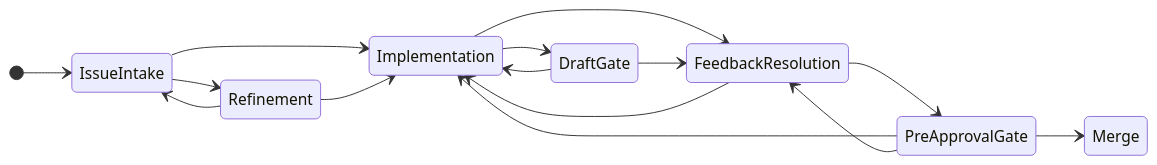
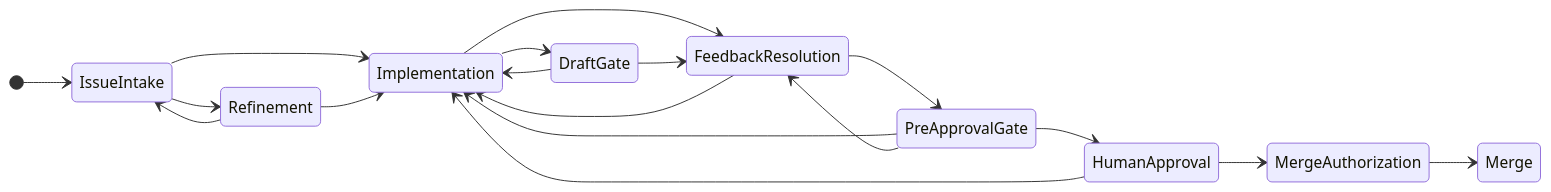
The second of 4 diagrams in docs/articles/the-state-graph-is-the-surface.md (mfittko/dev-loops), drawn with Mermaid before and after one commit. The commit also changed other lines of this file and 9 other files, not shown here.

Commit message:
docs(presentation): refresh state graph story for v1

````diff
--- a/docs/articles/the-state-graph-is-the-surface.md
+++ b/docs/articles/the-state-graph-is-the-surface.md
@@ -127,18 +127,21 @@
 ```mermaid
 stateDiagram-v2
   direction LR
   [*] --> IssueIntake
   IssueIntake --> Refinement
   IssueIntake --> Implementation
   Refinement --> IssueIntake
   Refinement --> Implementation
   Implementation --> DraftGate
   Implementation --> FeedbackResolution
   DraftGate --> Implementation
   DraftGate --> FeedbackResolution
   FeedbackResolution --> Implementation
   FeedbackResolution --> PreApprovalGate
   PreApprovalGate --> Implementation
   PreApprovalGate --> FeedbackResolution
-  PreApprovalGate --> Merge
+  PreApprovalGate --> HumanApproval
+  HumanApproval --> Implementation
+  HumanApproval --> MergeAuthorization
+  MergeAuthorization --> Merge
 ```
````
